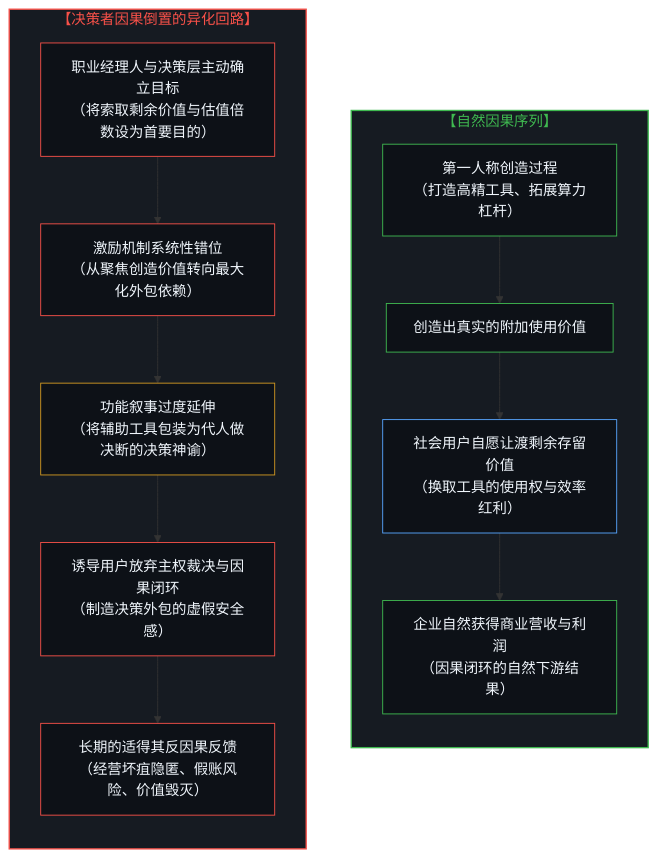
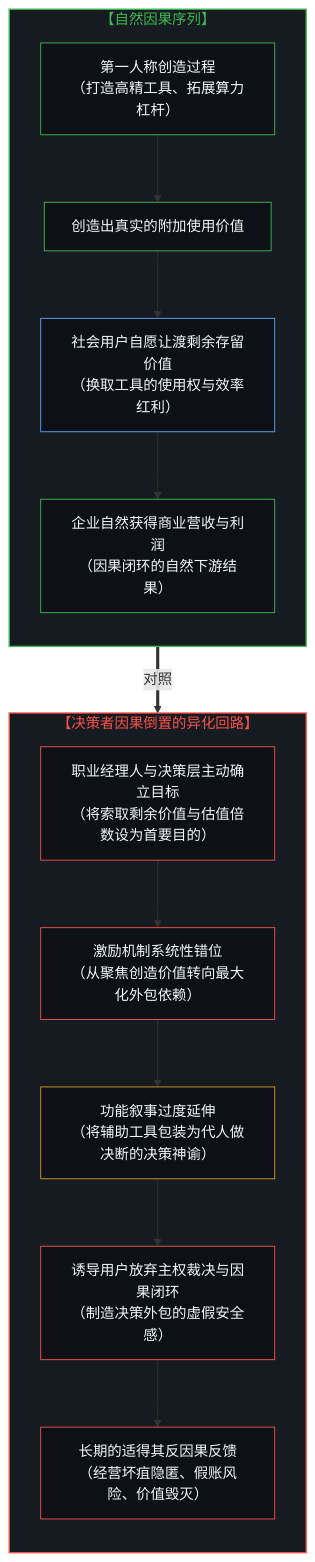
One commit to powerpig99/not-a-toe changed the fifth of 12 diagrams in content/posts/the-delegation-of-the-task-and-the-inalienability-of-consequences.md. Above: the diagram before and after it, drawn with Mermaid. The commit also changed other lines of this file and 2 other files, not shown here.

Commit message:
Delegation essay: interleave bilingual paragraphs, vertical diagrams; reverse link to The Comment Is Not the Code

````diff
--- a/content/posts/the-delegation-of-the-task-and-the-inalienability-of-consequences.md
+++ b/content/posts/the-delegation-of-the-task-and-the-inalienability-of-consequences.md
@@ -145,29 +157,31 @@
 ```mermaid
 graph TD
     subgraph Natural_Causal_Order["【自然因果序列】"]
         direction TB
         V1["第一人称创造过程<br/>（打造高精工具、拓展算力杠杆）"] --> V2["创造出真实的附加使用价值"]
         V2 --> V3["社会用户自愿让渡剩余存留价值<br/>（换取工具的使用权与效率红利）"]
         V3 --> V4["企业自然获得商业营收与利润<br/>（因果闭环的自然下游结果）"]
     end
 
     subgraph Inverted_Causal_Order["【决策者因果倒置的异化回路】"]
         direction TB
         I1["职业经理人与决策层主动确立目标<br/>（将索取剩余价值与估值倍数设为首要目的）"] --> I2["激励机制系统性错位<br/>（从聚焦创造价值转向最大化外包依赖）"]
         I2 --> I3["功能叙事过度延伸<br/>（将辅助工具包装为代人做决断的决策神谕）"]
         I3 --> I4["诱导用户放弃主权裁决与因果闭环<br/>（制造决策外包的虚假安全感）"]
         I4 --> I5["长期的适得其反因果反馈<br/>（经营坏疽隐匿、假账风险、价值毁灭）"]
     end
 
+    Natural_Causal_Order ==>|"对照"| Inverted_Causal_Order
+
     style Natural_Causal_Order fill:#161b22,stroke:#3fb950,stroke-width:1.5px,color:#3fb950
     style Inverted_Causal_Order fill:#161b22,stroke:#f85149,stroke-width:1.5px,color:#f85149
     style V1 fill:#0d1117,stroke:#3fb950,stroke-width:1px,color:#f0f6fc
     style V2 fill:#0d1117,stroke:#3fb950,stroke-width:1px,color:#f0f6fc
     style V3 fill:#0d1117,stroke:#58a6ff,stroke-width:1px,color:#f0f6fc
     style V4 fill:#0d1117,stroke:#3fb950,stroke-width:1px,color:#f0f6fc
     style I1 fill:#0d1117,stroke:#f85149,stroke-width:1px,color:#f0f6fc
     style I2 fill:#0d1117,stroke:#f85149,stroke-width:1px,color:#f0f6fc
     style I3 fill:#0d1117,stroke:#d29922,stroke-width:1px,color:#f0f6fc
     style I4 fill:#0d1117,stroke:#f85149,stroke-width:1px,color:#f0f6fc
     style I5 fill:#0d1117,stroke:#f85149,stroke-width:1px,color:#f0f6fc
 ```
````
